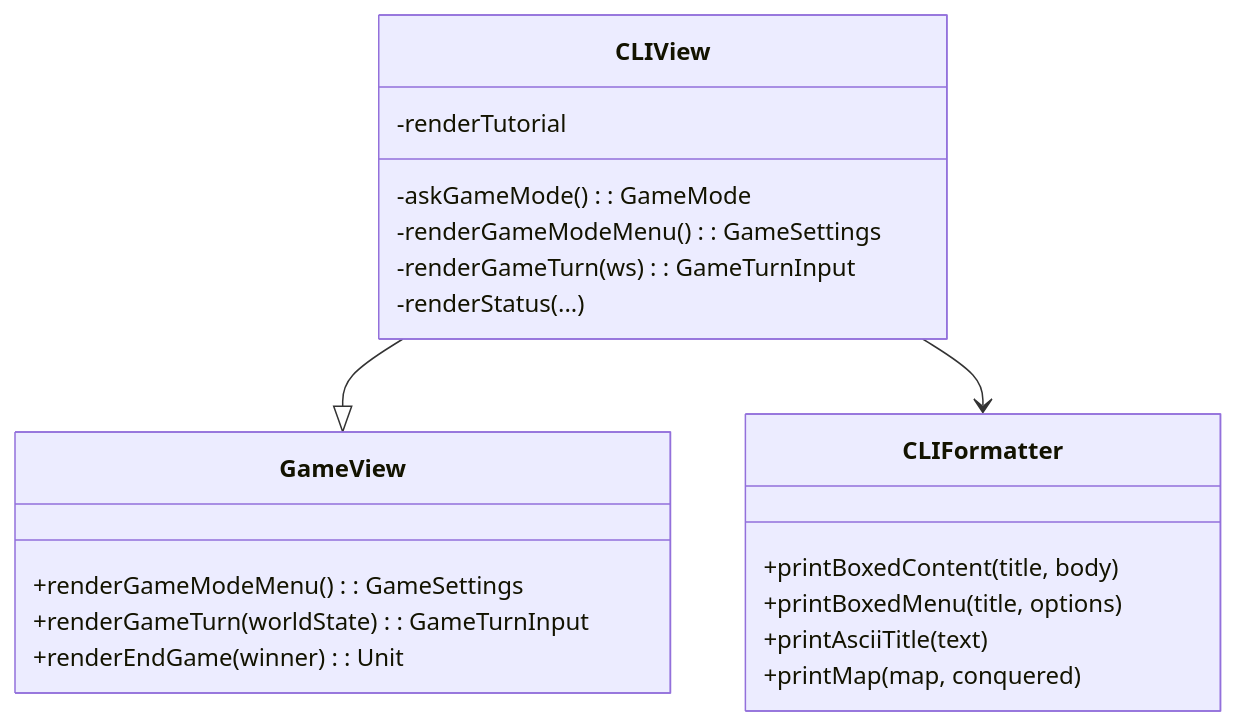
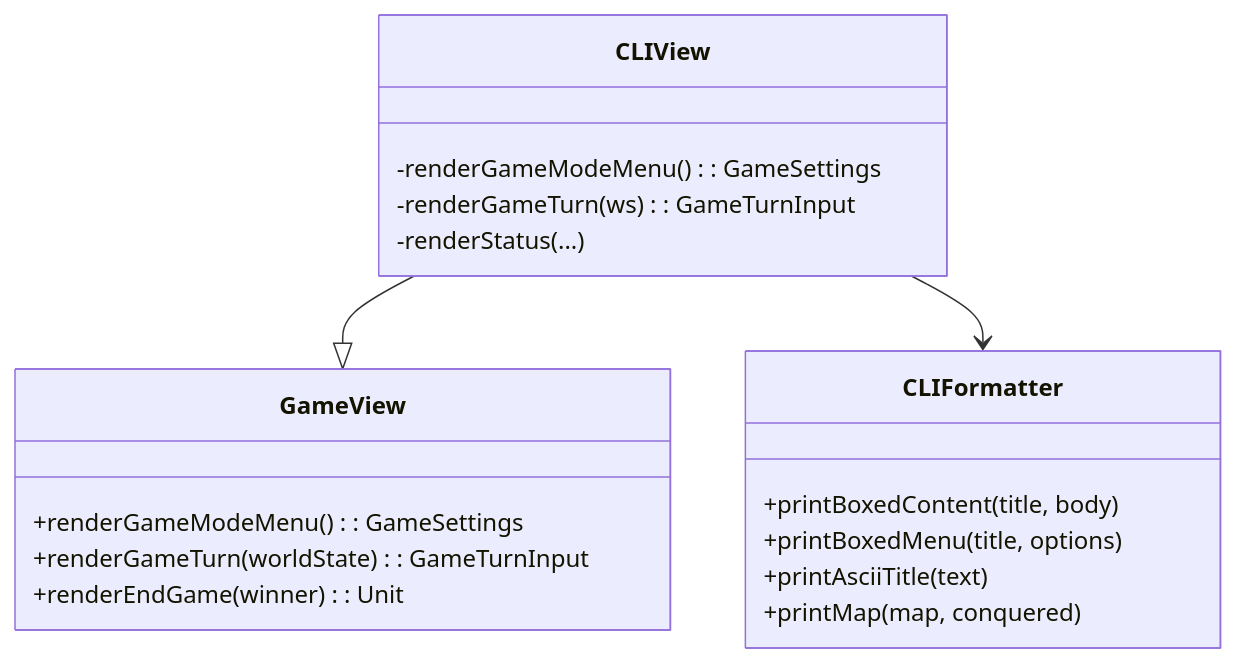
Before and after one commit to GiammaCode/PPS-25-RiseOfTheMachine: the diagram in docs/sections/gianmaria/viewSystem.md, drawn with Mermaid. The commit also changed other lines of this file, not shown here.

````diff
--- a/docs/sections/gianmaria/viewSystem.md
+++ b/docs/sections/gianmaria/viewSystem.md
@@ -44,26 +52,24 @@
 ```mermaid
 classDiagram
   class GameView {
     +renderGameModeMenu(): GameSettings
     +renderGameTurn(worldState): GameTurnInput
     +renderEndGame(winner): Unit
   }
 
   class CLIView {
-    -askGameMode(): GameMode
     -renderGameModeMenu(): GameSettings
     -renderGameTurn(ws): GameTurnInput
     -renderStatus(...)
-    -renderTutorial
   }
 
   class CLIFormatter {
     +printBoxedContent(title, body)
     +printBoxedMenu(title, options)
     +printAsciiTitle(text)
     +printMap(map, conquered)
   }
 
   CLIView --|> GameView
   CLIView --> CLIFormatter
 ```
````
